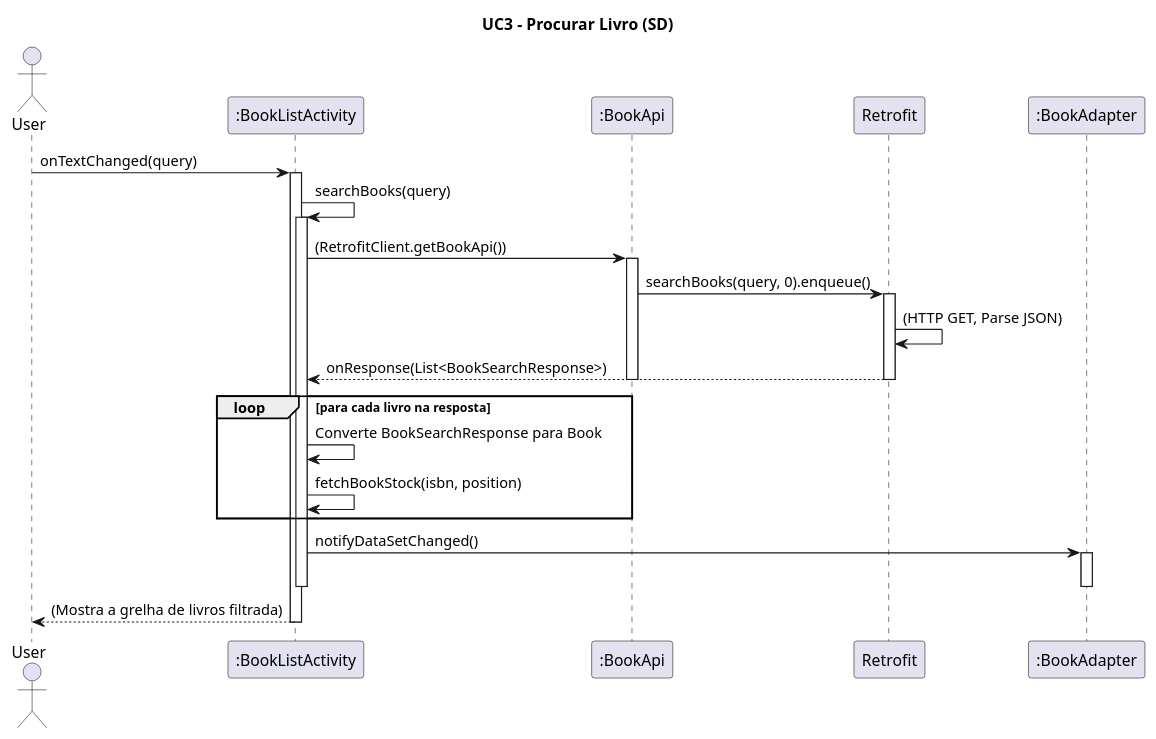
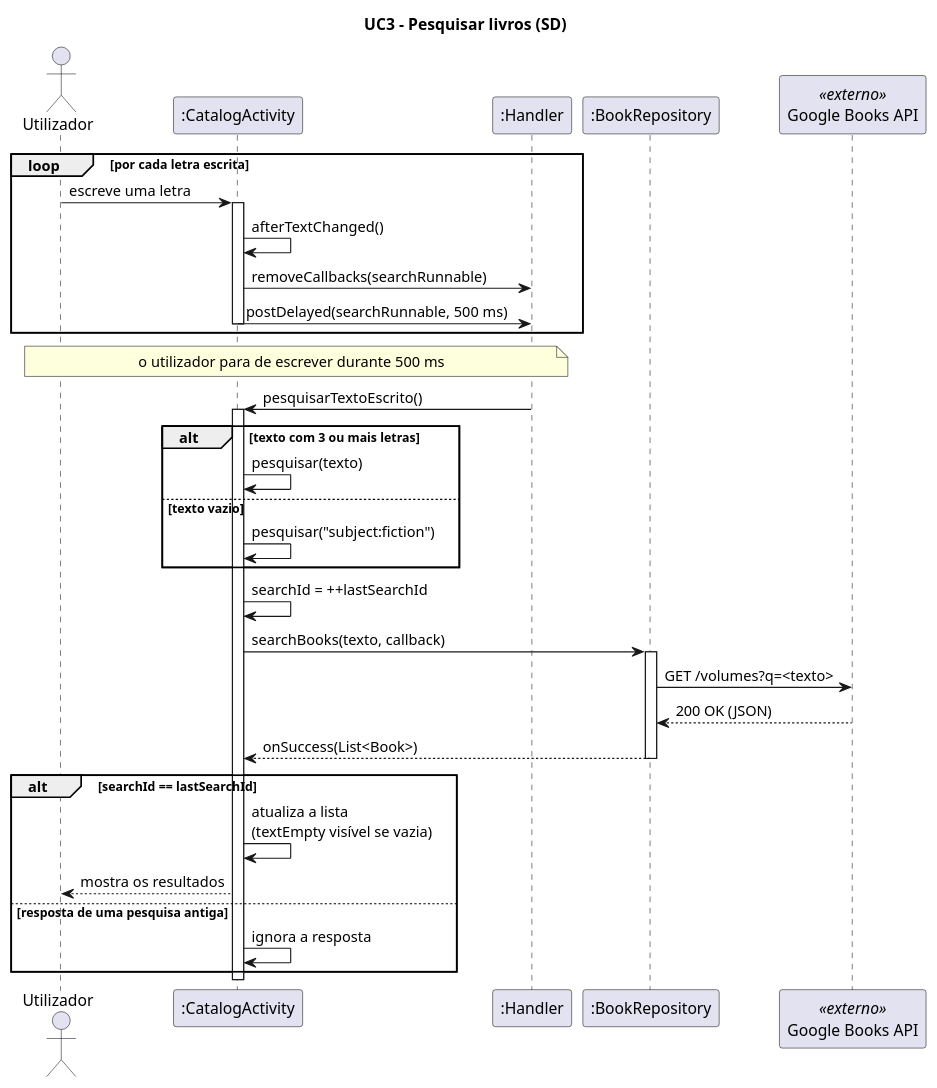
Before and after one commit to Diogo-29/DSSMV_ProjectDroid_1240632_1240857: the diagram in app/docs/UCs/UC3-SD.puml, drawn with PlantUML. The commit also changed 72 other files, not shown here.

Commit message:
melhorei a pesquisa, adicionei livros disponiveis e indisponiveis e melhorei a documentaçao

```diff
--- a/app/docs/UCs/UC3-SD.puml
+++ b/app/docs/UCs/UC3-SD.puml
@@ -1,44 +1,41 @@
 @startuml
+title UC3 - Pesquisar livros (SD)
+skinparam sequenceMessageAlign left
 
-title UC3 - Procurar Livro (SD)
+actor "Utilizador" as U
+participant ":CatalogActivity" as A
+participant ":Handler" as H
+participant ":BookRepository" as R
+participant "Google Books API" as GB <<externo>>
 
-actor User
-participant ":BookListActivity" as Activity
-participant ":BookApi" as Api
-participant "Retrofit" as Retrofit
-participant ":BookAdapter" as Adapter
-
-User -> Activity: onTextChanged(query)
-activate Activity
-
-    Activity -> Activity: searchBooks(query)
-    activate Activity
-
-        Activity -> Api: (RetrofitClient.getBookApi())
-        activate Api
-
-        Api -> Retrofit: searchBooks(query, 0).enqueue()
-        activate Retrofit
-
-            Retrofit -> Retrofit: (HTTP GET, Parse JSON)
-
-        Retrofit --> Activity: onResponse(List<BookSearchResponse>)
-        deactivate Retrofit
-        deactivate Api
-
-        loop para cada livro na resposta
-            Activity -> Activity: Converte BookSearchResponse para Book
-
-            Activity -> Activity: fetchBookStock(isbn, position)
-        end
-
-        Activity -> Adapter: notifyDataSetChanged()
-        activate Adapter
-        deactivate Adapter
-
-    deactivate Activity
-
-    Activity --> User: (Mostra a grelha de livros filtrada)
-deactivate Activity
-
+loop por cada letra escrita
+  U -> A: escreve uma letra
+  activate A
+  A -> A: afterTextChanged()
+  A -> H: removeCallbacks(searchRunnable)
+  A -> H: postDelayed(searchRunnable, 500 ms)
+  deactivate A
+end
+note over U, H: o utilizador para de escrever durante 500 ms
+H -> A: pesquisarTextoEscrito()
+activate A
+alt texto com 3 ou mais letras
+  A -> A: pesquisar(texto)
+else texto vazio
+  A -> A: pesquisar("subject:fiction")
+end
+A -> A: searchId = ++lastSearchId
+A -> R: searchBooks(texto, callback)
+activate R
+R -> GB: GET /volumes?q=<texto>
+GB --> R: 200 OK (JSON)
+R --> A: onSuccess(List<Book>)
+deactivate R
+alt searchId == lastSearchId
+  A -> A: atualiza a lista\n(textEmpty visível se vazia)
+  A --> U: mostra os resultados
+else resposta de uma pesquisa antiga
+  A -> A: ignora a resposta
+end
+deactivate A
 @enduml
```
